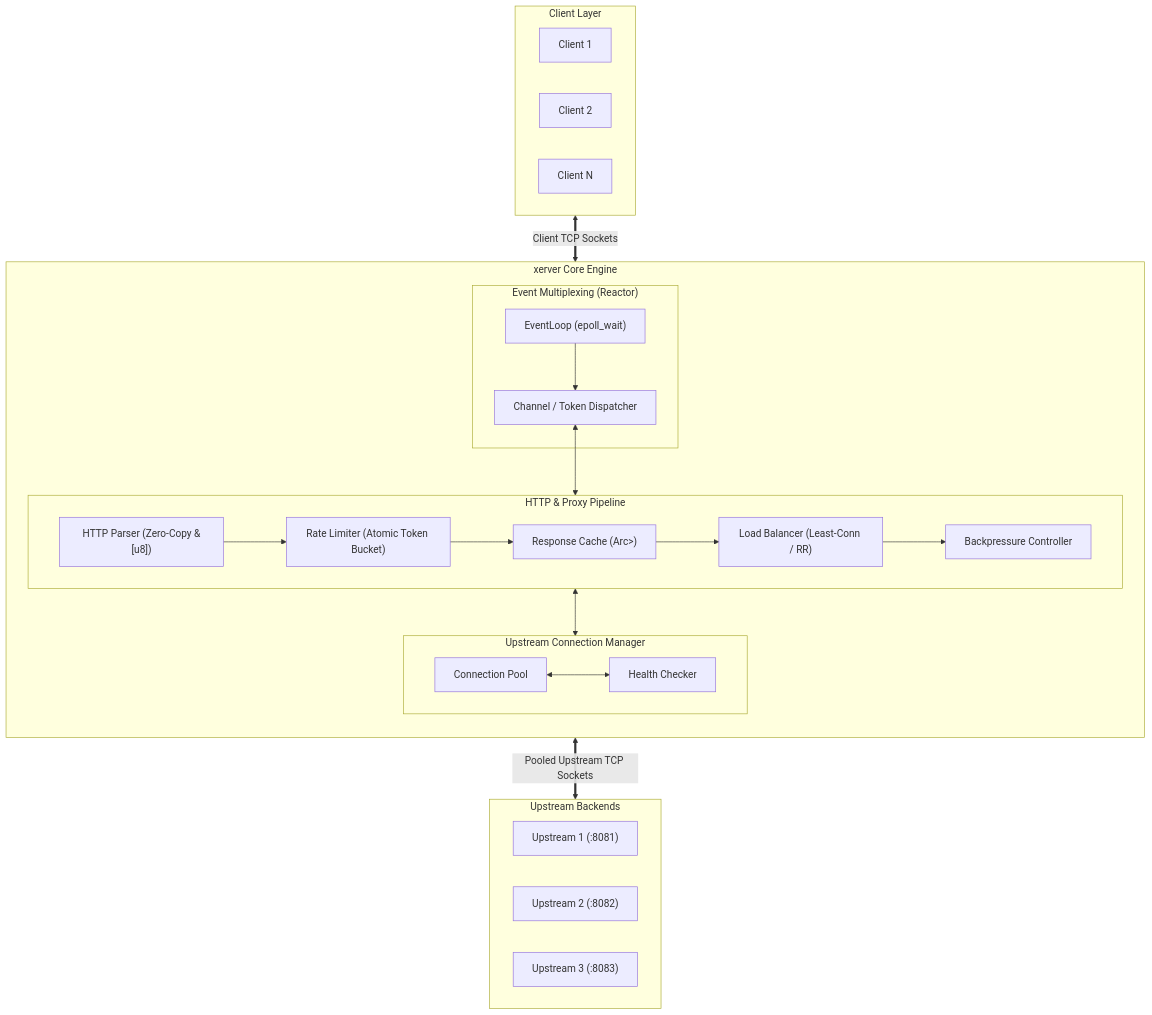
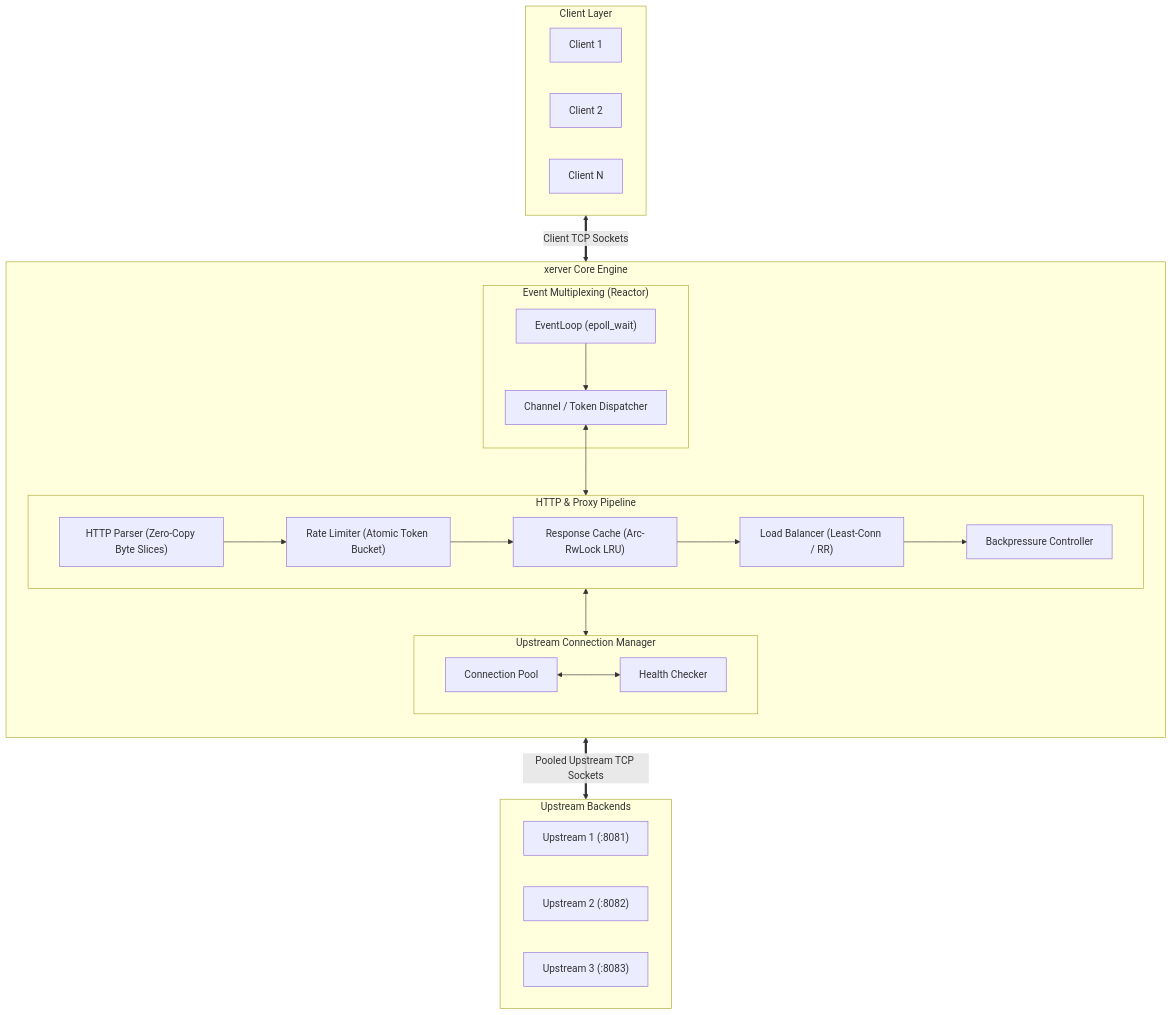
Before and after one commit to drumilbhati/xerver: the first of 3 diagrams in docs/architecture.md, drawn with Mermaid. The commit also changed 2 other files, not shown here.

Commit message:
Clarify diagram labels and replace special characters

````diff
--- a/docs/architecture.md
+++ b/docs/architecture.md
@@ -9,44 +9,44 @@
 ```mermaid
 flowchart TB
     subgraph ClientLayer ["Client Layer"]
         C1["Client 1"]
         C2["Client 2"]
         C3["Client N"]
     end
 
     subgraph CoreEngine ["xerver Core Engine"]
         direction TB
         subgraph NetLoop ["Event Multiplexing (Reactor)"]
             EL["EventLoop (epoll_wait)"]
             CD["Channel / Token Dispatcher"]
             EL --> CD
         end
 
         subgraph Pipeline ["HTTP & Proxy Pipeline"]
             RL["Rate Limiter (Atomic Token Bucket)"]
-            HP["HTTP Parser (Zero-Copy &[u8])"]
-            CC["Response Cache (Arc<RwLock<LRU>>)"]
+            HP["HTTP Parser (Zero-Copy Byte Slices)"]
+            CC["Response Cache (Arc-RwLock LRU)"]
             LB["Load Balancer (Least-Conn / RR)"]
             BP["Backpressure Controller"]
             HP --> RL --> CC --> LB --> BP
         end
 
         subgraph UpstreamMgmt ["Upstream Connection Manager"]
             CP["Connection Pool"]
             HC["Health Checker"]
             CP <--> HC
         end
 
         CD <--> Pipeline
         Pipeline <--> UpstreamMgmt
     end
 
     subgraph UpstreamCluster ["Upstream Backends"]
         U1["Upstream 1 (:8081)"]
         U2["Upstream 2 (:8082)"]
         U3["Upstream 3 (:8083)"]
     end
 
     ClientLayer <==>|"Client TCP Sockets"| NetLoop
     UpstreamMgmt <==>|"Pooled Upstream TCP Sockets"| UpstreamCluster
 ```
````
